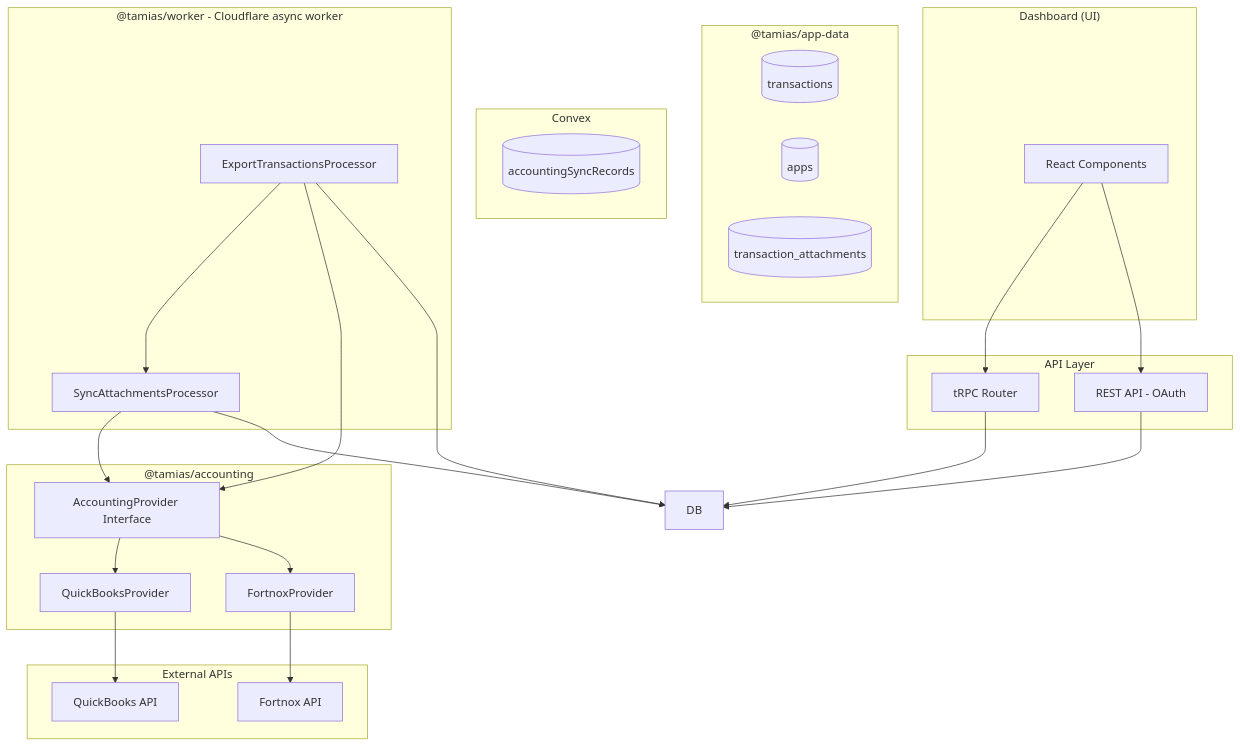
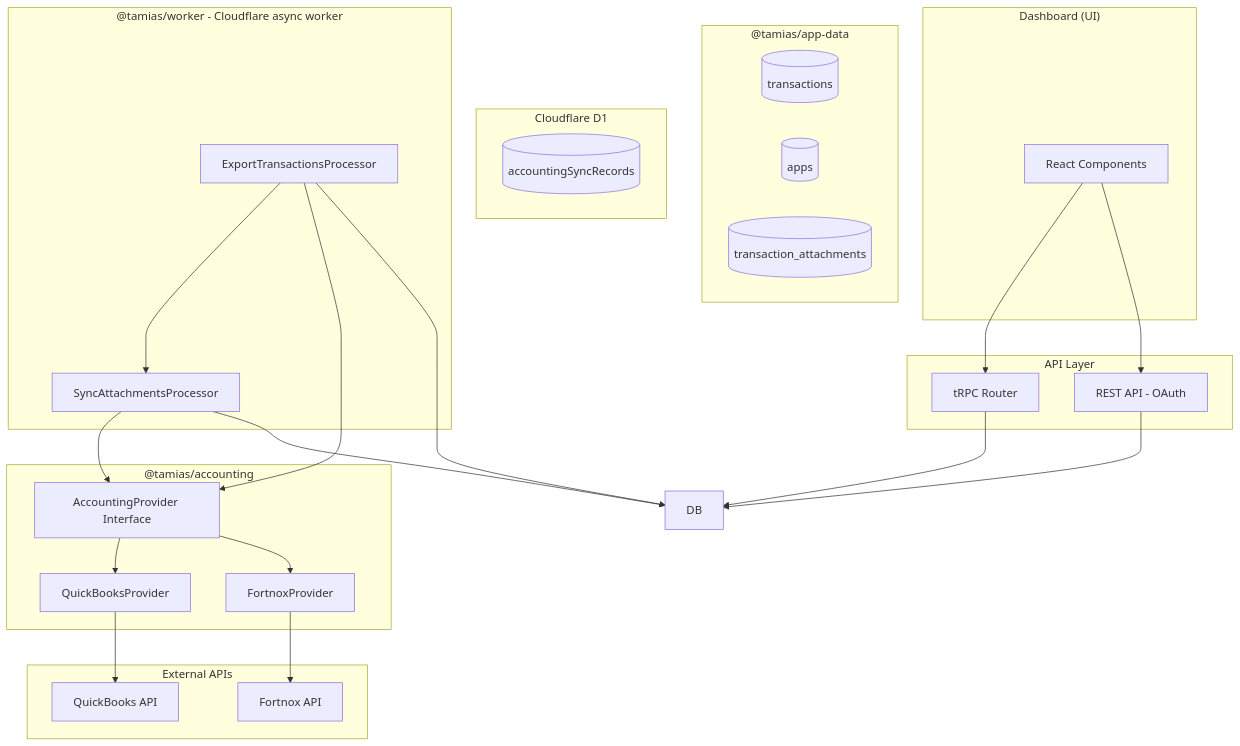
Before and after one commit to fightingentropy/tamias: the first of 20 diagrams in docs.md, drawn with Mermaid. The commit also changed other lines of this file and 786 other files, not shown here.

````diff
--- a/docs.md
+++ b/docs.md
@@ -589,56 +589,56 @@
 ```mermaid
 flowchart TB
     subgraph Dashboard["Dashboard (UI)"]
         UI[React Components]
     end
 
     subgraph API["API Layer"]
         TRPC[tRPC Router]
         REST[REST API - OAuth]
     end
 
     subgraph AppData["@tamias/app-data"]
         TXN[(transactions)]
         APPS[(apps)]
         ATT[(transaction_attachments)]
     end
 
-    subgraph Convex["Convex"]
+    subgraph AppDatabase["Cloudflare D1"]
         SYNC[(accountingSyncRecords)]
     end
 
     subgraph Worker["@tamias/worker - Cloudflare async worker"]
         PROC2[SyncAttachmentsProcessor]
         PROC3[ExportTransactionsProcessor]
     end
 
     subgraph Accounting["@tamias/accounting"]
         IFACE[AccountingProvider Interface]
         QB[QuickBooksProvider]
         FNX[FortnoxProvider]
     end
 
     subgraph External["External APIs"]
         QB_API[QuickBooks API]
         FNX_API[Fortnox API]
     end
 
     UI --> TRPC
     UI --> REST
     TRPC --> DB
     REST --> DB
 
     PROC3 --> PROC2
 
     PROC2 --> IFACE
     PROC3 --> IFACE
 
     IFACE --> QB
     IFACE --> FNX
 
     QB --> QB_API
     FNX --> FNX_API
 
     PROC2 --> DB
     PROC3 --> DB
 ```
````
